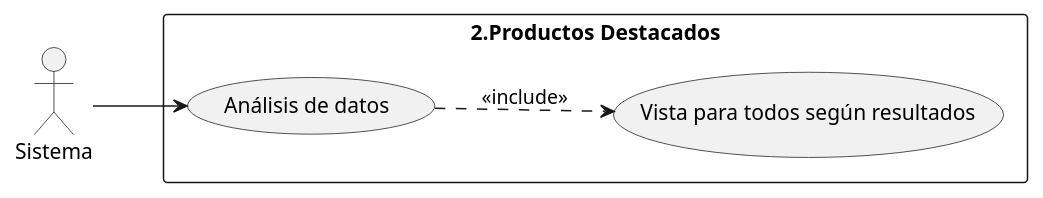
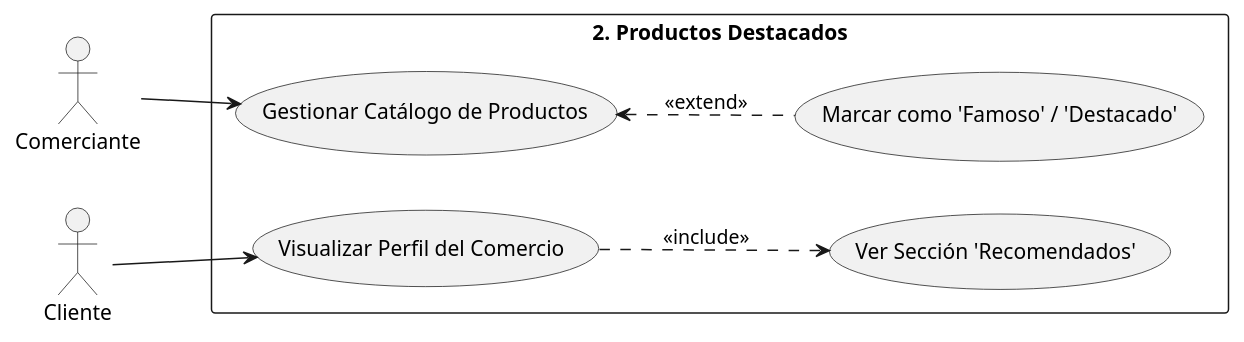
Before and after one commit to cnordia/Casos-de-usos: the diagram in 2.Productos Destacados.puml, drawn with PlantUML. The commit also changed 12 other files, not shown here.

```diff
--- a/2.Productos Destacados.puml
+++ b/2.Productos Destacados.puml
@@ -1,19 +1,26 @@
 @startuml
 left to right direction
 skinparam packageStyle rectangle
 
+actor "Comerciante" as M
+actor "Cliente" as C
 
-actor "Sistema" as S
+rectangle "2. Productos Destacados" {
+  
+  (Gestionar Catálogo de Productos) as UC_Gestion
+  (Marcar como 'Famoso' / 'Destacado') as UC_Marcar
+  
+  (Visualizar Perfil del Comercio) as UC_VerPerfil
+  (Ver Sección 'Recomendados') as UC_VerDestacados
+}
+
+M --> UC_Gestion
+
+UC_Gestion <.. UC_Marcar : <<extend>>
 
 
-rectangle "2.Productos Destacados" {
-  
-  (Análisis de datos) as UC1
-  (Vista para todos según resultados) as UC2
- }
-  
+C --> UC_VerPerfil
 
-S --> UC1
-UC1 ..> UC2: <<include>>
+UC_VerPerfil ..> UC_VerDestacados : <<include>>
 
 @enduml
```
